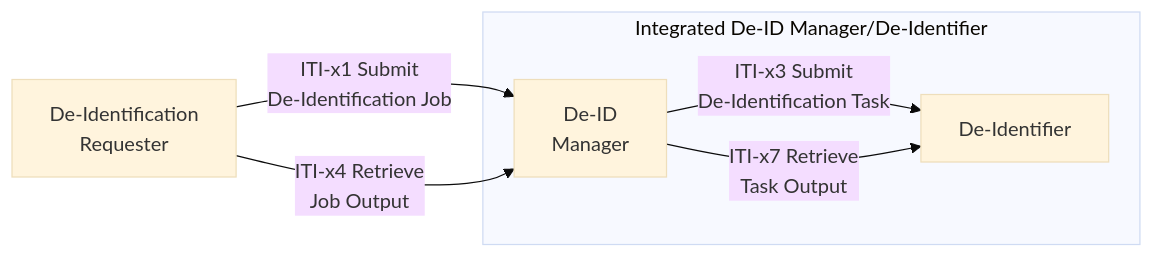
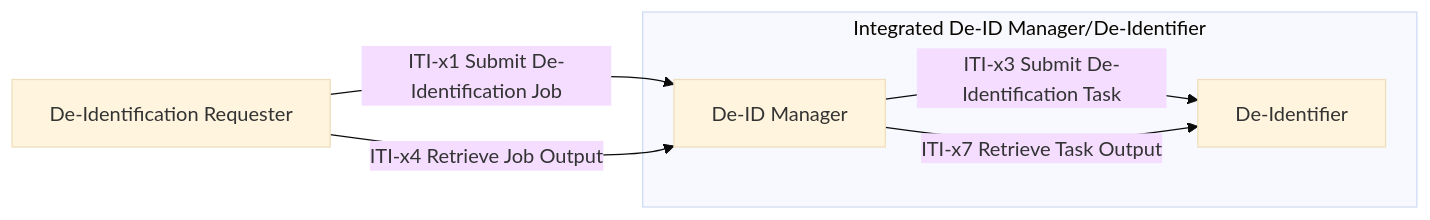
One commit to IHE/ITI.DIS changed the first of 6 diagrams in input/pagecontent/volume-1.md. Above: the diagram before and after it, drawn with Mermaid (base theme). The commit also changed other lines of this file, not shown here.

Commit message:
Fix actor diagram mermaid render by removing figure wrapper
The IG publisher HTML-encodes > inside markdown code fences that are
wrapped in HTML blocks like <figure>, turning --> into --&gt; and
breaking mermaid parsing. Move the diagram to a plain markdown code
fence (matching the pattern used by the sequence diagrams) and
simplify labels to single-line text.

````diff
--- a/input/pagecontent/volume-1.md
+++ b/input/pagecontent/volume-1.md
@@ -20,14 +18,14 @@
 ```mermaid
 graph LR
-    REQ["De-Identification<br/>Requester"]
+    REQ["De-Identification Requester"]
 
     subgraph INT ["Integrated De-ID Manager/De-Identifier"]
-        MGR["De-ID<br/>Manager"]
+        MGR["De-ID Manager"]
         DI["De-Identifier"]
     end
 
-    REQ -- "ITI-x1 Submit<br/>De-Identification Job" --> MGR
-    REQ -- "ITI-x4 Retrieve<br/>Job Output" --> MGR
-    MGR -- "ITI-x3 Submit<br/>De-Identification Task" --> DI
-    MGR -- "ITI-x7 Retrieve<br/>Task Output" --> DI
+    REQ -- "ITI-x1 Submit De-Identification Job" --> MGR
+    REQ -- "ITI-x4 Retrieve Job Output" --> MGR
+    MGR -- "ITI-x3 Submit De-Identification Task" --> DI
+    MGR -- "ITI-x7 Retrieve Task Output" --> DI
 ```
````
